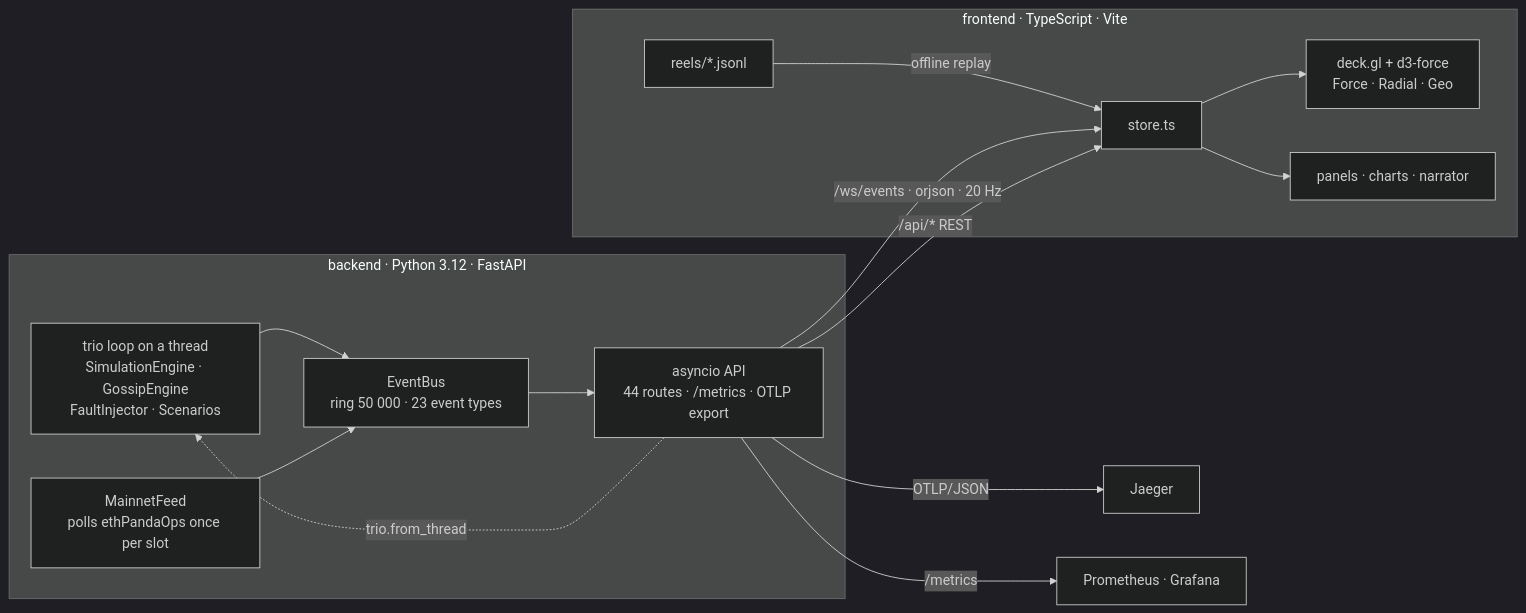
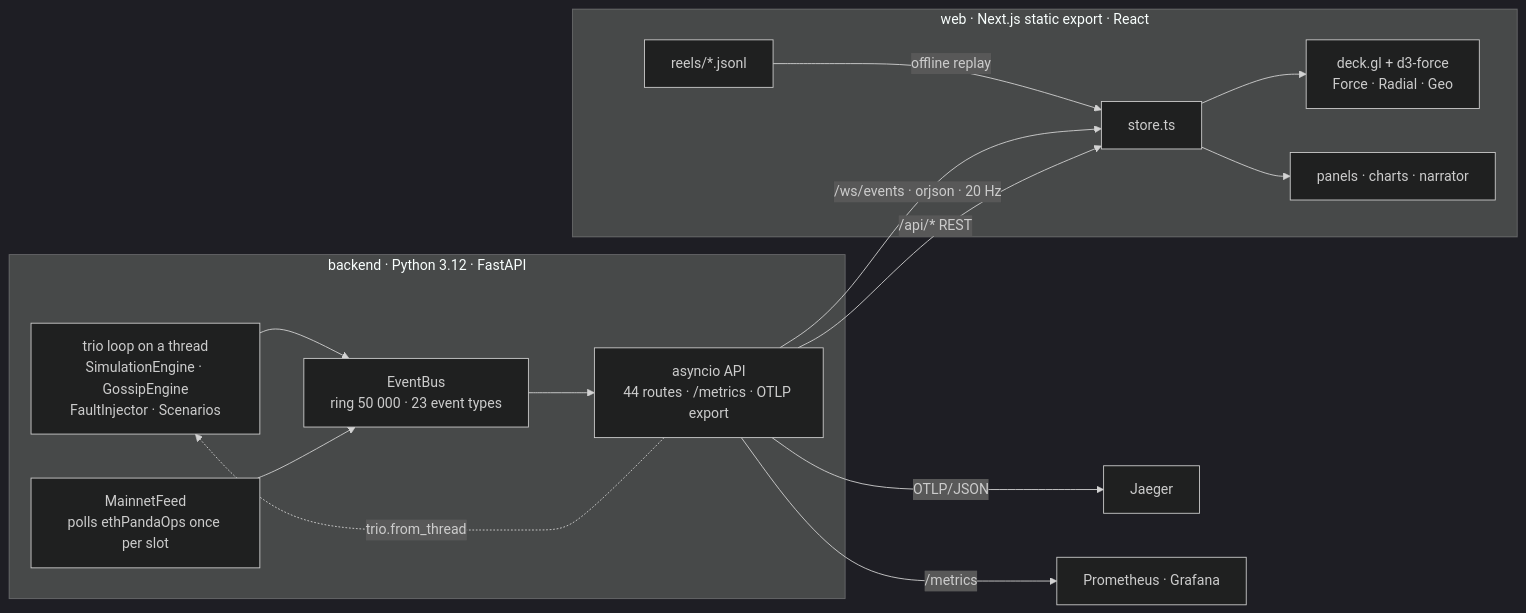
The diagram in README.md (yashksaini-coder/luminar), drawn with Mermaid (dark theme) before and after one commit. The commit also changed other lines of this file and 2 other files, not shown here.

Commit message:
docs(web): deployment, README and architecture describe the web/ build

````diff
--- a/README.md
+++ b/README.md
@@ -149,26 +149,26 @@
 ```mermaid
 flowchart LR
   subgraph backend ["backend · Python 3.12 · FastAPI"]
     trio["trio loop on a thread<br/>SimulationEngine · GossipEngine<br/>FaultInjector · Scenarios"]
     bus["EventBus<br/>ring 50 000 · 23 event types"]
     api["asyncio API<br/>44 routes · /metrics · OTLP export"]
     feed["MainnetFeed<br/>polls ethPandaOps once per slot"]
     trio --> bus
     feed --> bus
     bus --> api
     api -. "trio.from_thread" .-> trio
   end
-  subgraph frontend ["frontend · TypeScript · Vite"]
+  subgraph frontend ["web · Next.js static export · React"]
     store["store.ts"]
     map["deck.gl + d3-force<br/>Force · Radial · Geo"]
     ui["panels · charts · narrator"]
     reels["reels/*.jsonl"]
     store --> map
     store --> ui
     reels -- "offline replay" --> store
   end
   api -- "/ws/events · orjson · 20 Hz" --> store
   api -- "/api/* REST" --> store
   api -- "OTLP/JSON" --> jaeger["Jaeger"]
   api -- "/metrics" --> prom["Prometheus · Grafana"]
 ```
````
